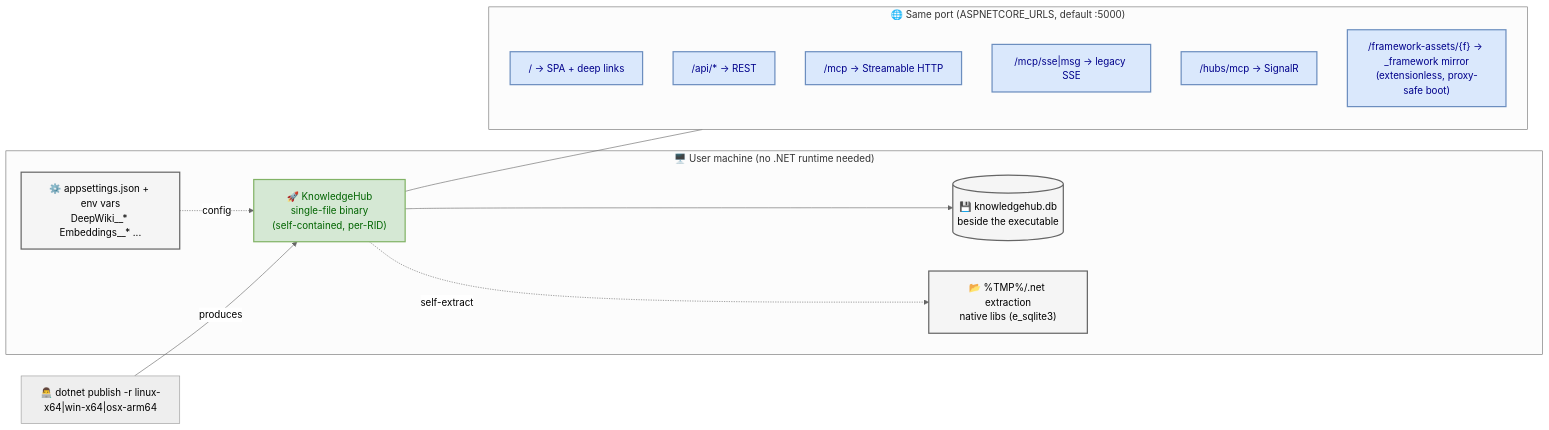
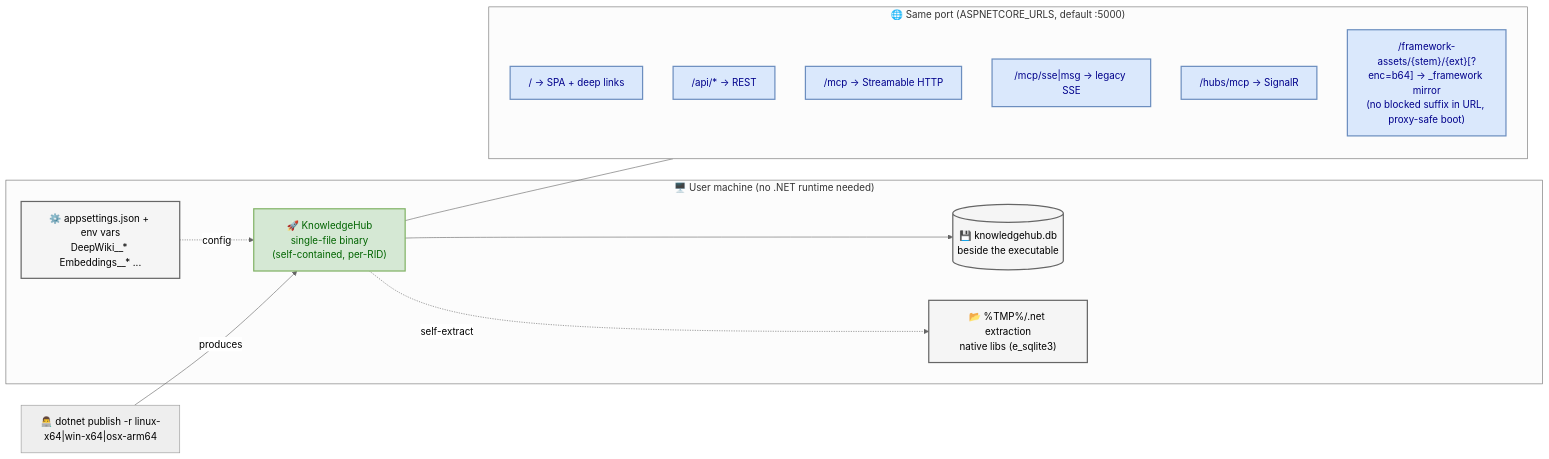
Before and after one commit to afonsoft/LangGraph-UI: the diagram in docs/architecture/knowledge-hub_deployment.mmd, drawn with Mermaid. The commit also changed 5 other files, not shown here.

First line of the commit message:
fix: drop blocked extensions from boot-asset URLs + base64 fallback for sniffing proxies (#54)

```diff
--- a/docs/architecture/knowledge-hub_deployment.mmd
+++ b/docs/architecture/knowledge-hub_deployment.mmd
@@ -1,30 +1,30 @@
 %%{init: {'theme':'neutral'}}%%
 flowchart LR
     subgraph Host["🖥️ User machine (no .NET runtime needed)"]
         EXE["🚀 KnowledgeHub<br/>single-file binary<br/>(self-contained, per-RID)"]
         DB[("💾 knowledgehub.db<br/>beside the executable")]
         EXT["📂 %TMP%/.net extraction<br/>native libs (e_sqlite3)"]
         CFG["⚙️ appsettings.json + env vars<br/>DeepWiki__* Embeddings__* ..."]
         EXE --> DB
         EXE -.->|self-extract| EXT
         CFG -.->|config| EXE
     end
 
     DEV["👨‍💻 dotnet publish -r linux-x64|win-x64|osx-arm64"] -->|produces| EXE
 
     subgraph Net["🌐 Same port (ASPNETCORE_URLS, default :5000)"]
         R1["/            → SPA + deep links"]
         R2["/api/*       → REST"]
         R3["/mcp         → Streamable HTTP"]
         R4["/mcp/sse|msg → legacy SSE"]
         R5["/hubs/mcp    → SignalR"]
-        R6["/framework-assets/{f} → _framework mirror<br/>(extensionless, proxy-safe boot)"]
+        R6["/framework-assets/{stem}/{ext}[?enc=b64] → _framework mirror<br/>(no blocked suffix in URL, proxy-safe boot)"]
     end
     EXE --- Net
 
     classDef bin fill:#d5e8d4,stroke:#82b366,stroke-width:2px,color:darkgreen
     classDef data fill:#f5f5f5,stroke:#666666,stroke-width:2px,color:black
     classDef net fill:#dae8fc,stroke:#6c8ebf,stroke-width:2px,color:darkblue
     class EXE bin
     class DB,EXT,CFG data
     class R1,R2,R3,R4,R5,R6 net
```
